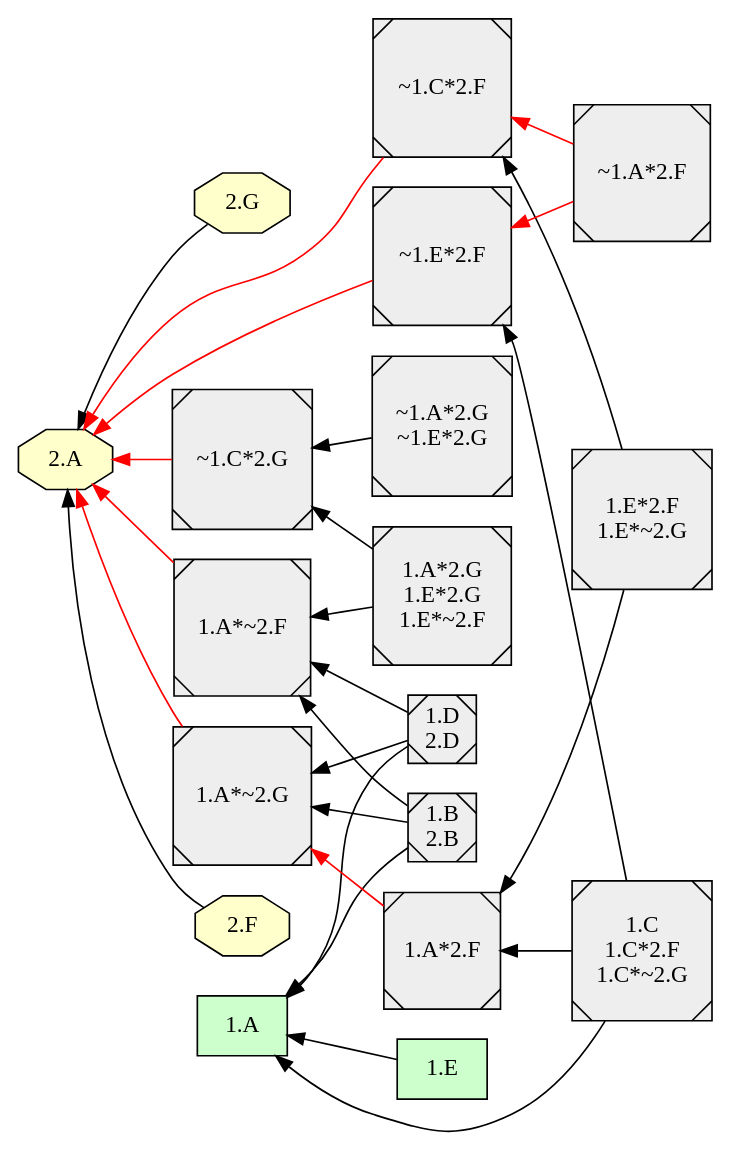
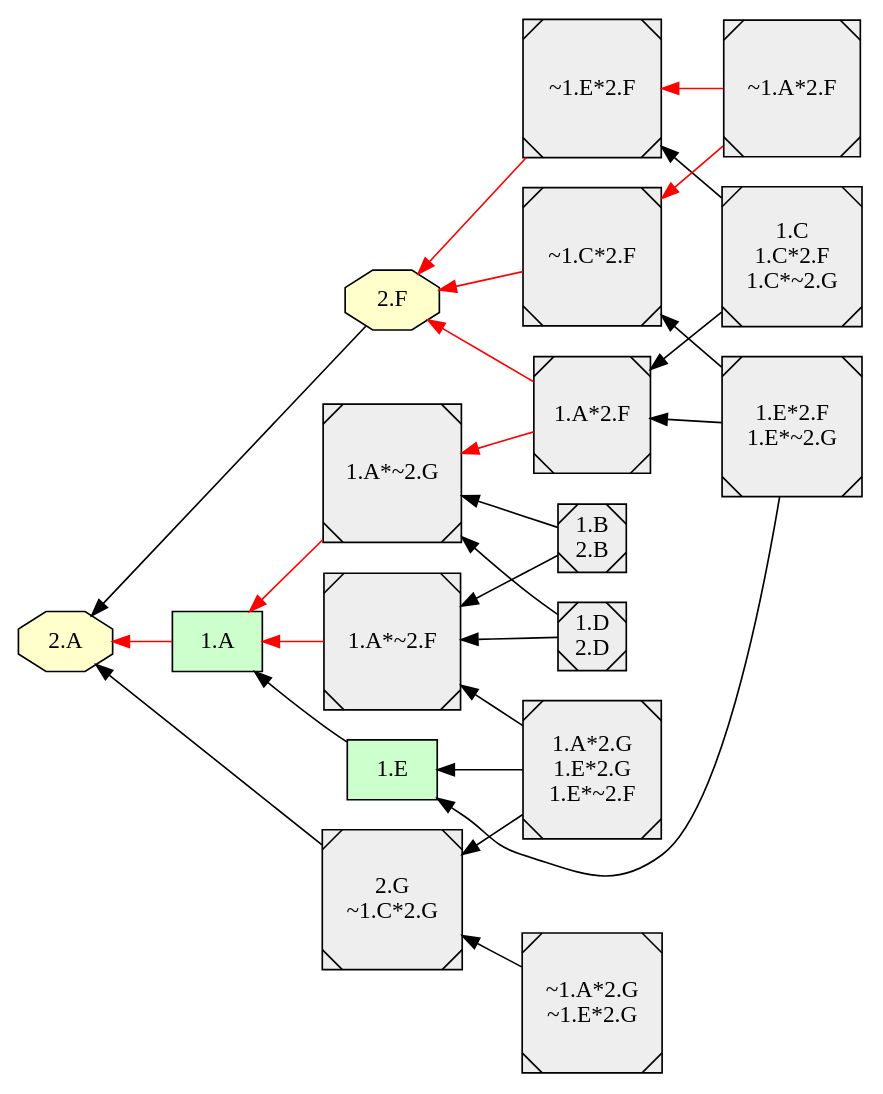
The diagram in example/abstract4/abstract4_2.dot (EulerProject/EulerX), drawn with Graphviz before and after one commit. The commit also changed 18 other files, not shown here.

```diff
--- a/example/abstract4/abstract4_2.dot
+++ b/example/abstract4/abstract4_2.dot
@@ -1,110 +1,125 @@
 digraph {
 
 rankdir = RL
 
   node [shape=box style="filled" fillcolor="#CCFFCC"]
   "1.E"
   "1.A"
   "1.A"
   "1.A"
   "1.A"
+  "1.E"
+  "1.E"
+  "1.A"
+  "1.A"
+  "1.A"
+  "1.A"
+  "1.A"
   node [shape=octagon style="filled" fillcolor="#FFFFCC"]
   "2.F"
   "2.A"
-  "2.G"
+  "2.F"
+  "2.F"
+  "2.F"
   "2.A"
   "2.A"
   "2.A"
   "2.A"
   "2.A"
   "2.A"
   "2.A"
+  "2.F"
   "2.A"
-  "2.A"
-  "2.A"
-  "2.A"
-  "2.A"
+  "2.F"
   node [shape=Msquare style="filled" fillcolor="#EEEEEE"]
   "1.B\n2.B"
+  "2.G\n~1.C*2.G"
   "1.D\n2.D"
   "1.D\n2.D"
   "1.A*2.G\n1.E*2.G\n1.E*~2.F"
   "1.E*2.F\n1.E*~2.G"
   "1.B\n2.B"
   "1.C\n1.C*2.F\n1.C*~2.G"
   "~1.A*2.G\n~1.E*2.G"
+  "~1.E*2.F"
+  "~1.C*2.F"
+  "1.A*2.F"
+  "1.A*2.F"
+  "1.A*~2.G"
   "~1.A*2.F"
   "~1.C*2.F"
   "~1.A*2.F"
   "~1.E*2.F"
-  "1.A*2.F"
   "1.A*~2.G"
   "1.A*~2.F"
-  "1.A*~2.G"
-  "~1.E*2.F"
-  "~1.C*2.F"
-  "~1.C*2.G"
+  "1.A*2.G\n1.E*2.G\n1.E*~2.F"
   "1.A*2.G\n1.E*2.G\n1.E*~2.F"
   "1.A*~2.F"
+  "2.G\n~1.C*2.G"
   "1.A*2.G\n1.E*2.G\n1.E*~2.F"
-  "~1.C*2.G"
+  "2.G\n~1.C*2.G"
   "1.B\n2.B"
+  "1.A*~2.G"
   "1.B\n2.B"
   "1.A*~2.F"
-  "1.B\n2.B"
+  "~1.A*2.G\n~1.E*2.G"
+  "2.G\n~1.C*2.G"
+  "1.D\n2.D"
   "1.A*~2.G"
-  "~1.A*2.G\n~1.E*2.G"
-  "~1.C*2.G"
-  "1.D\n2.D"
   "1.D\n2.D"
   "1.A*~2.F"
-  "1.D\n2.D"
-  "1.A*~2.G"
   "1.E*2.F\n1.E*~2.G"
   "~1.C*2.F"
   "1.E*2.F\n1.E*~2.G"
+  "1.E*2.F\n1.E*~2.G"
   "1.A*2.F"
   "1.C\n1.C*2.F\n1.C*~2.G"
+  "1.A*2.F"
   "1.C\n1.C*2.F\n1.C*~2.G"
   "~1.E*2.F"
-  "1.C\n1.C*2.F\n1.C*~2.G"
-  "1.A*2.F"
   "1.A*2.G\n1.E*2.G\n1.E*~2.F"
+  "1.A*2.G\n1.E*2.G\n1.E*~2.F"
+  "1.B\n2.B"
   "1.B\n2.B"
   "~1.A*2.G\n~1.E*2.G"
   "1.D\n2.D"
+  "1.D\n2.D"
+  "1.E*2.F\n1.E*~2.G"
+  "1.E*2.F\n1.E*~2.G"
   "1.E*2.F\n1.E*~2.G"
   "1.E*2.F\n1.E*~2.G"
   "1.A*~2.G"
   "1.C\n1.C*2.F\n1.C*~2.G"
   "1.C\n1.C*2.F\n1.C*~2.G"
+  "1.C\n1.C*2.F\n1.C*~2.G"
+  "1.C\n1.C*2.F\n1.C*~2.G"
   "1.A*~2.G"
   "1.E" -> "1.A" [style=filled, color=black];
   "2.F" -> "2.A" [style=filled, color=black];
-  "2.G" -> "2.A" [style=filled, color=black];
+  "~1.E*2.F" -> "2.F" [style=filled, color=red];
+  "~1.C*2.F" -> "2.F" [style=filled, color=red];
+  "1.A*2.F" -> "2.F" [style=filled, color=red];
+  "1.A*2.F" -> "1.A*~2.G" [style=filled, color=red];
   "~1.A*2.F" -> "~1.C*2.F" [style=filled, color=red];
   "~1.A*2.F" -> "~1.E*2.F" [style=filled, color=red];
-  "1.A*2.F" -> "1.A*~2.G" [style=filled, color=red];
-  "1.A*~2.F" -> "2.A" [style=filled, color=red];
-  "1.A*~2.G" -> "2.A" [style=filled, color=red];
-  "~1.E*2.F" -> "2.A" [style=filled, color=red];
-  "~1.C*2.F" -> "2.A" [style=filled, color=red];
-  "~1.C*2.G" -> "2.A" [style=filled, color=red];
+  "1.A" -> "2.A" [style=filled, color=red];
+  "1.A*~2.G" -> "1.A" [style=filled, color=red];
+  "1.A*~2.F" -> "1.A" [style=filled, color=red];
+  "1.A*2.G\n1.E*2.G\n1.E*~2.F" -> "1.E" [style=filled, color=black];
   "1.A*2.G\n1.E*2.G\n1.E*~2.F" -> "1.A*~2.F" [style=filled, color=black];
-  "1.A*2.G\n1.E*2.G\n1.E*~2.F" -> "~1.C*2.G" [style=filled, color=black];
-  "1.B\n2.B" -> "1.A" [style=filled, color=black];
+  "2.G\n~1.C*2.G" -> "2.A" [style=filled, color=black];
+  "1.A*2.G\n1.E*2.G\n1.E*~2.F" -> "2.G\n~1.C*2.G" [style=filled, color=black];
+  "1.B\n2.B" -> "1.A*~2.G" [style=filled, color=black];
   "1.B\n2.B" -> "1.A*~2.F" [style=filled, color=black];
-  "1.B\n2.B" -> "1.A*~2.G" [style=filled, color=black];
-  "~1.A*2.G\n~1.E*2.G" -> "~1.C*2.G" [style=filled, color=black];
-  "1.D\n2.D" -> "1.A" [style=filled, color=black];
+  "~1.A*2.G\n~1.E*2.G" -> "2.G\n~1.C*2.G" [style=filled, color=black];
+  "1.D\n2.D" -> "1.A*~2.G" [style=filled, color=black];
   "1.D\n2.D" -> "1.A*~2.F" [style=filled, color=black];
-  "1.D\n2.D" -> "1.A*~2.G" [style=filled, color=black];
   "1.E*2.F\n1.E*~2.G" -> "~1.C*2.F" [style=filled, color=black];
+  "1.E*2.F\n1.E*~2.G" -> "1.E" [style=filled, color=black];
   "1.E*2.F\n1.E*~2.G" -> "1.A*2.F" [style=filled, color=black];
-  "1.C\n1.C*2.F\n1.C*~2.G" -> "1.A" [style=filled, color=black];
+  "1.C\n1.C*2.F\n1.C*~2.G" -> "1.A*2.F" [style=filled, color=black];
   "1.C\n1.C*2.F\n1.C*~2.G" -> "~1.E*2.F" [style=filled, color=black];
-  "1.C\n1.C*2.F\n1.C*~2.G" -> "1.A*2.F" [style=filled, color=black];
   subgraph cluster_lg {
     rankdir = LR
   }
 }
```
